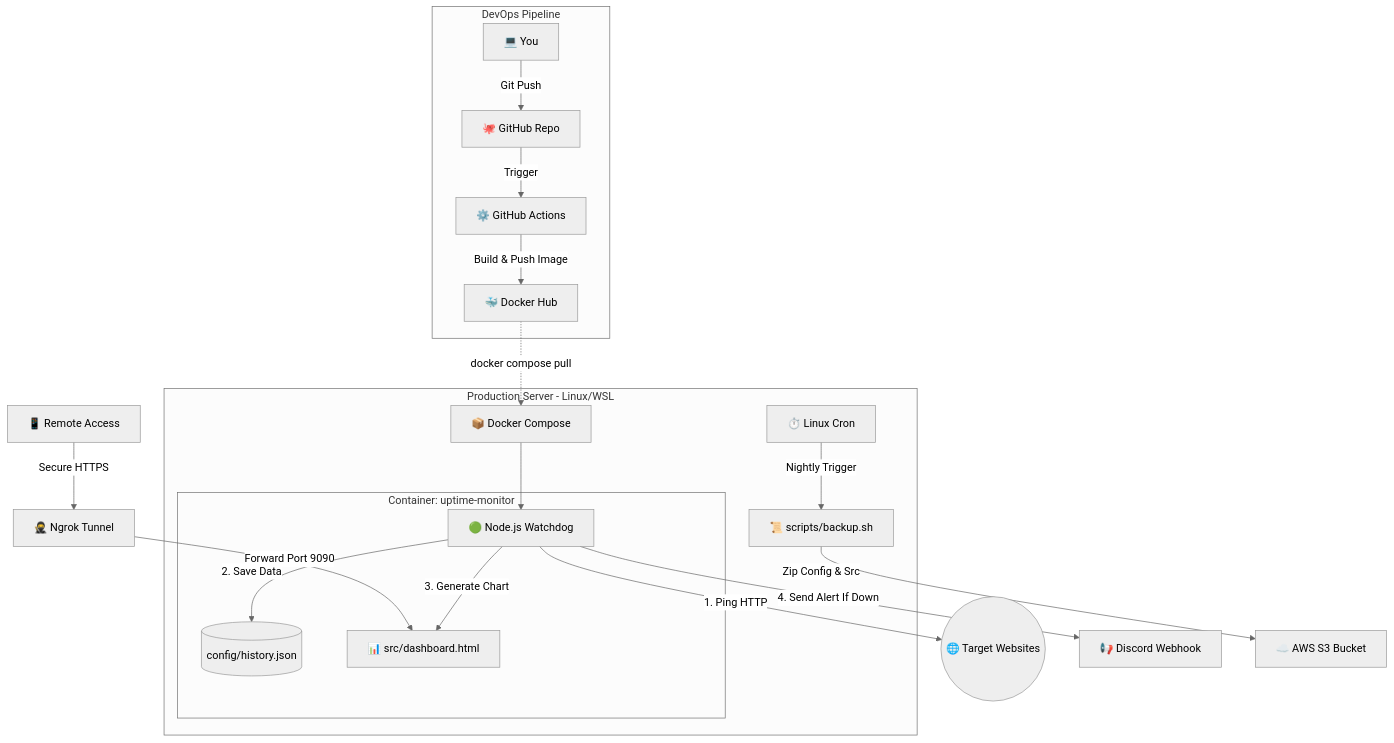
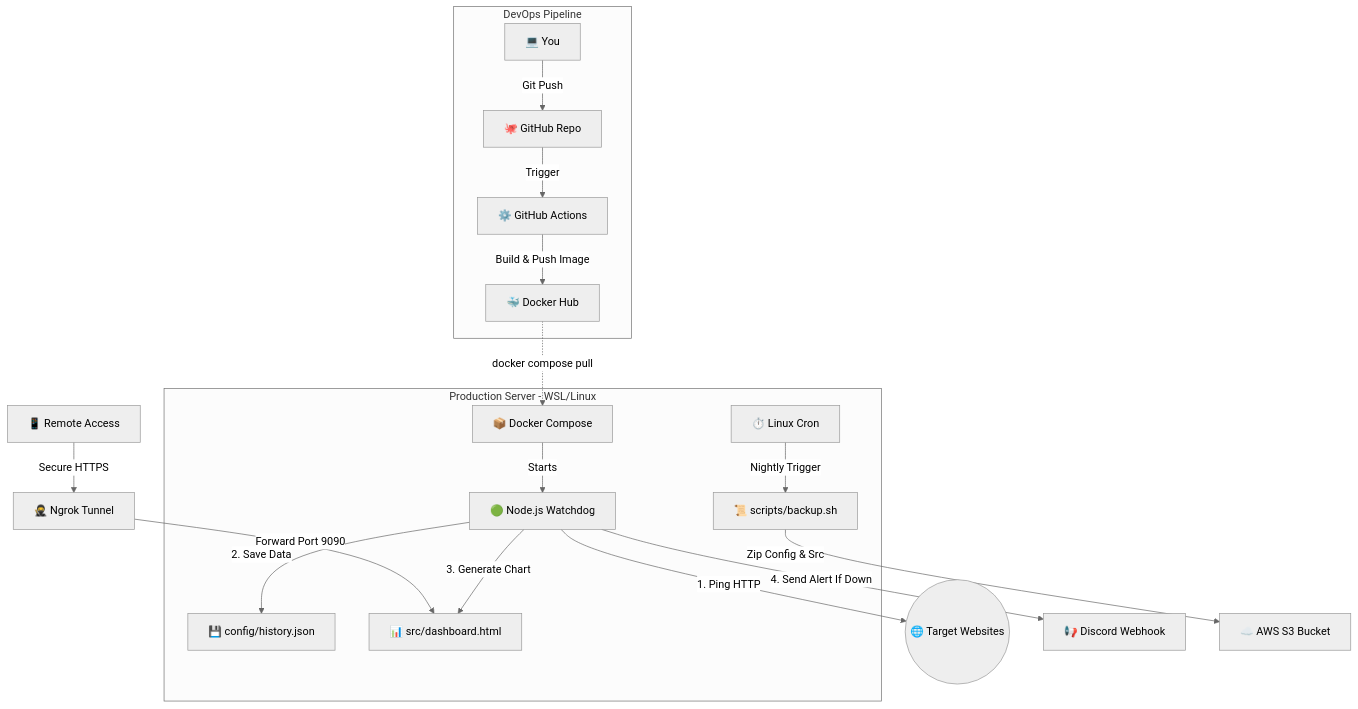
The diagram in README.md (nuafal/uptime-monitor-automation), drawn with Mermaid (neutral theme) before and after one commit.

Commit message:
Update README.md
Updated architecture diagram and clarified component descriptions.

````diff
--- a/README.md
+++ b/README.md
@@ -11,49 +11,44 @@
 ```mermaid
 graph TD
-    %% 1. CI/CD Pipeline (Deployment)
+    %% 1. CI/CD Pipeline
     subgraph Pipeline [DevOps Pipeline]
         Dev[💻 You] -->|Git Push| GitHub[🐙 GitHub Repo]
         GitHub -->|Trigger| Actions[⚙️ GitHub Actions]
         Actions -->|Build & Push Image| DockerHub[🐳 Docker Hub]
     end
 
-    %% 2. Core Server & Container
-    subgraph Production [Production Server - Linux/WSL]
+    %% 2. Core Server Components
+    subgraph Production [Production Server - WSL/Linux]
         DockerHub -.->|docker compose pull| Compose[📦 Docker Compose]
-        
-        subgraph ContainerApp [Container: uptime-monitor]
-            Node[🟢 Node.js Watchdog]
-            DB[(config/history.json)]
-            UI[📊 src/dashboard.html]
-        end
-        
+        Node[🟢 Node.js Watchdog]
+        DB[💾 config/history.json]
+        UI[📊 src/dashboard.html]
         Cron[⏱️ Linux Cron]
         Backup[📜 scripts/backup.sh]
     end
 
-    %% 3. External Services & Access
+    %% 3. External Services
     Internet((🌐 Target Websites))
     Discord[📢 Discord Webhook]
     AWS[☁️ AWS S3 Bucket]
     Tunnel[🥷 Ngrok Tunnel]
     PublicViewer[📱 Remote Access]
 
     %% --- Logic Flow Connections ---
     
-    %% Setup
-    Compose --> Node
+    Compose -->|Starts| Node
     
     %% Monitoring Loop
-    Node -- "1. Ping HTTP" --> Internet
-    Node -- "2. Save Data" --> DB
-    Node -- "3. Generate Chart" --> UI
-    Node -- "4. Send Alert If Down" --> Discord
+    Node -->|1. Ping HTTP| Internet
+    Node -->|2. Save Data| DB
+    Node -->|3. Generate Chart| UI
+    Node -->|4. Send Alert If Down| Discord
     
     %% Backup Loop
-    Cron -- "Nightly Trigger" --> Backup
-    Backup -- "Zip Config & Src" --> AWS
+    Cron -->|Nightly Trigger| Backup
+    Backup -->|Zip Config & Src| AWS
 
     %% Viewing
-    Tunnel -- "Forward Port 9090" --> UI
-    PublicViewer -- "Secure HTTPS" --> Tunnel
+    Tunnel -->|Forward Port 9090| UI
+    PublicViewer -->|Secure HTTPS| Tunnel
 ```
````
